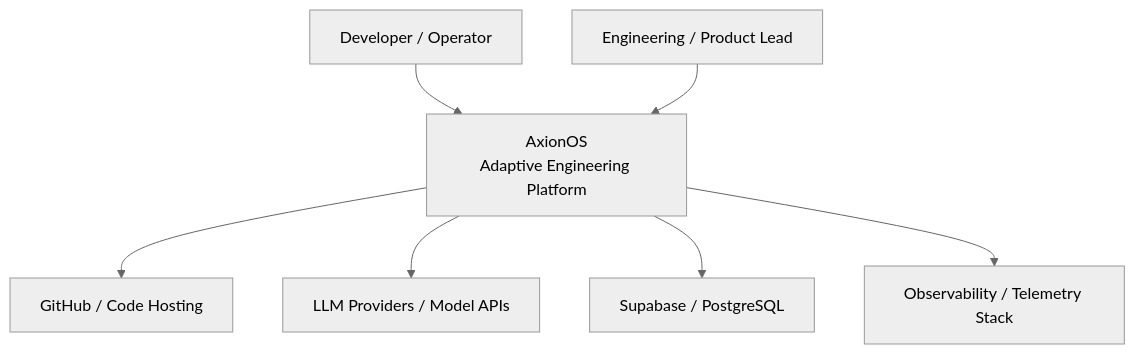
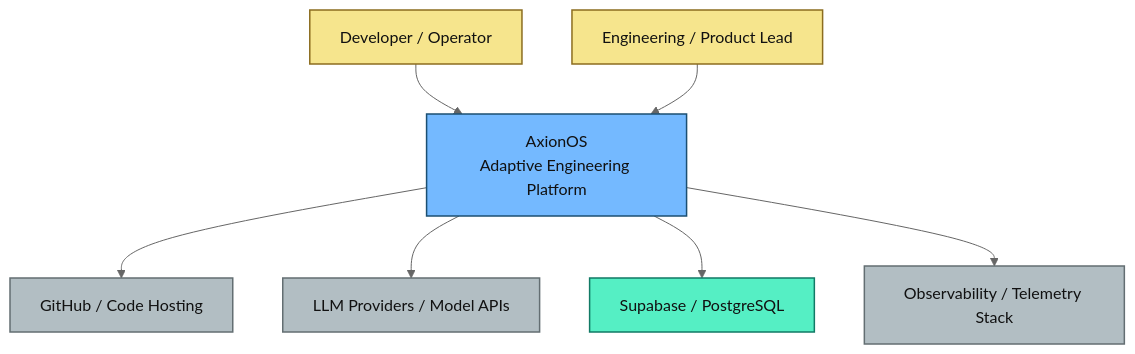
The first of 10 diagrams in docs/ARCHITECTURE.md (zansued/axionos), drawn with Mermaid (neutral theme) before and after one commit.

Commit message:
Preceding changes

````diff
--- a/docs/ARCHITECTURE.md
+++ b/docs/ARCHITECTURE.md
@@ -47,20 +47,25 @@
 ```mermaid
 flowchart TB
-    Dev["Developer / Operator"]
-    Lead["Engineering / Product Lead"]
+    Dev["Developer / Operator"]:::human
+    Lead["Engineering / Product Lead"]:::human
 
-    Axion["AxionOS\nAdaptive Engineering Platform"]
+    Axion["AxionOS\nAdaptive Engineering Platform"]:::core
 
-    Git["GitHub / Code Hosting"]
-    LLM["LLM Providers / Model APIs"]
-    DB["Supabase / PostgreSQL"]
-    Obs["Observability / Telemetry Stack"]
+    Git["GitHub / Code Hosting"]:::external
+    LLM["LLM Providers / Model APIs"]:::external
+    DB["Supabase / PostgreSQL"]:::data
+    Obs["Observability / Telemetry Stack"]:::external
 
     Dev --> Axion
     Lead --> Axion
 
     Axion --> Git
     Axion --> LLM
     Axion --> DB
     Axion --> Obs
+
+    classDef human fill:#F6E58D,stroke:#8C6D1F,color:#111,stroke-width:1.5px;
+    classDef core fill:#74B9FF,stroke:#1B4F72,color:#111,stroke-width:1.5px;
+    classDef data fill:#55EFC4,stroke:#117A65,color:#111,stroke-width:1.5px;
+    classDef external fill:#B2BEC3,stroke:#636E72,color:#111,stroke-width:1.5px;
 ```
````
